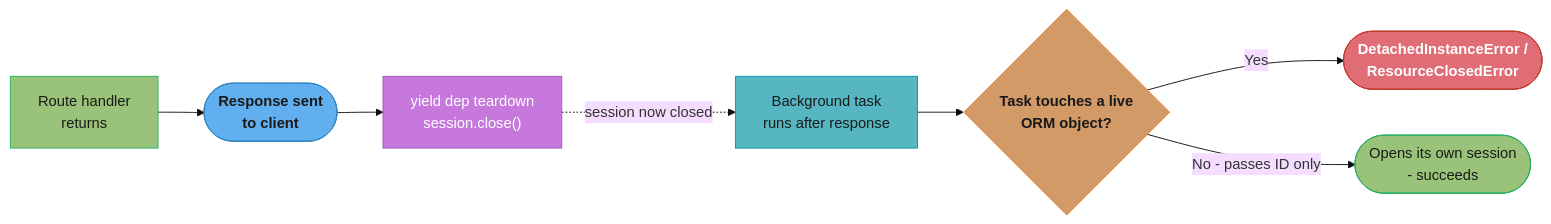
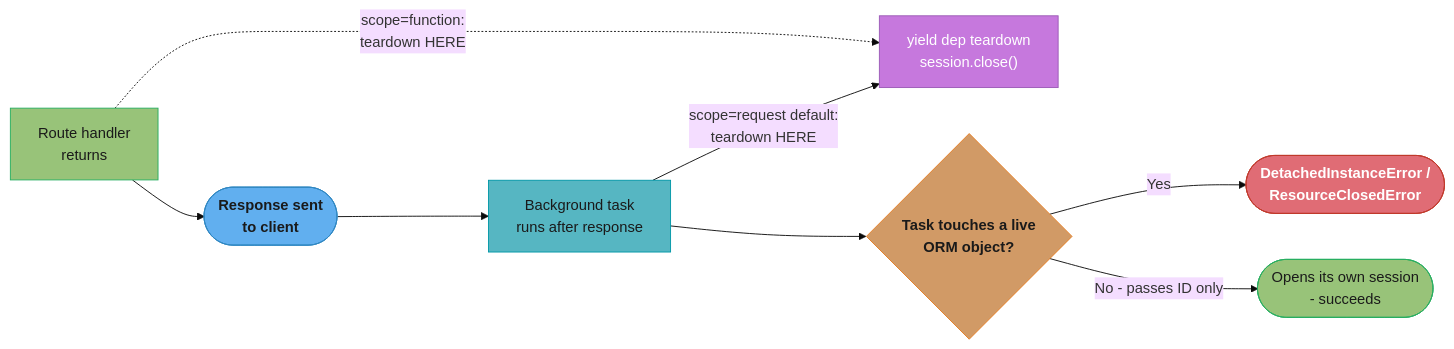
Before and after one commit to rppol/system-design: the sixth of 7 diagrams in src/main/java/com/rutik/systemdesign/fastapi/dependency_injection_in_fastapi/yield_dependencies_and_scopes.md, drawn with Mermaid (base theme). The commit also changed other lines of this file and 3 other files, not shown here.

````diff
--- a/src/main/java/com/rutik/systemdesign/fastapi/dependency_injection_in_fastapi/yield_dependencies_and_scopes.md
+++ b/src/main/java/com/rutik/systemdesign/fastapi/dependency_injection_in_fastapi/yield_dependencies_and_scopes.md
@@ -800,25 +822,26 @@
 ```mermaid
 flowchart LR
     classDef io      fill:#61afef,stroke:#2e86c1,color:#1a1a1a,font-weight:bold
     classDef frozen  fill:#c678dd,stroke:#9b59b6,color:#fff
     classDef train   fill:#98c379,stroke:#27ae60,color:#1a1a1a
     classDef mathOp  fill:#d19a66,stroke:#e67e22,color:#1a1a1a,font-weight:bold
     classDef lossN   fill:#e06c75,stroke:#c0392b,color:#fff,font-weight:bold
     classDef req     fill:#56b6c2,stroke:#0097a7,color:#1a1a1a
     classDef base    fill:#e5c07b,stroke:#f39c12,color:#1a1a1a
 
-    H["Route handler<br/>returns"] --> R(["Response sent<br/>to client"])
-    R --> TD["yield dep teardown<br/>session.close()"]
-    TD -.->|"session now closed"| BG["Background task<br/>runs after response"]
+    H["Route handler<br/>returns"] -.->|"scope=function:<br/>teardown HERE"| TD
+    H --> R(["Response sent<br/>to client"])
+    R --> BG["Background task<br/>runs after response"]
+    BG -->|"scope=request default:<br/>teardown HERE"| TD["yield dep teardown<br/>session.close()"]
     BG --> DEC{"Task touches a live<br/>ORM object?"}
     DEC -->|"Yes"| FAIL(["DetachedInstanceError /<br/>ResourceClosedError"])
     DEC -->|"No - passes ID only"| OK(["Opens its own session<br/>- succeeds"])
 
     class H train
     class R io
     class TD frozen
     class BG req
     class DEC mathOp
     class FAIL lossN
     class OK train
 ```
````
